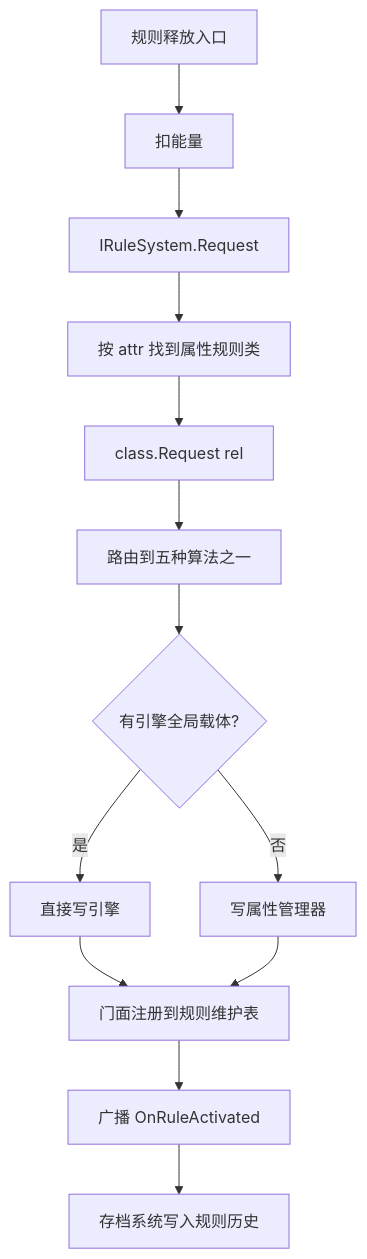
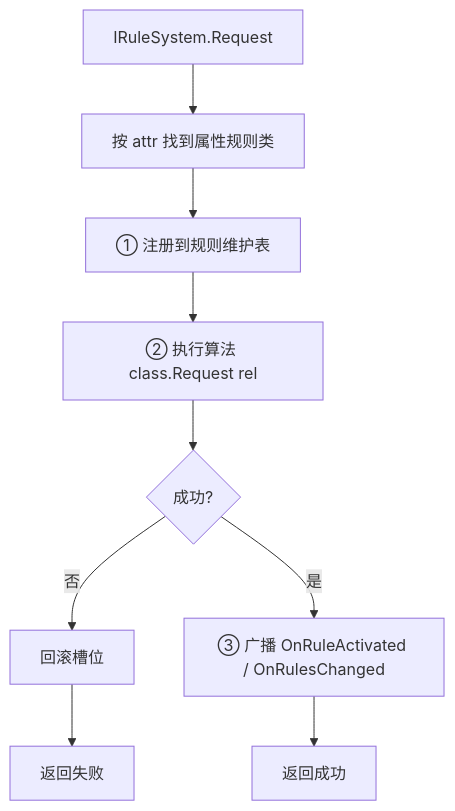
One commit to MorrowHome/Project-Rule changed the first of 4 diagrams in Doc/接口与事件定义.md. Above: the diagram before and after it, drawn with Mermaid. The commit also changed other lines of this file, not shown here.

````diff
--- a/Doc/接口与事件定义.md
+++ b/Doc/接口与事件定义.md
@@ -209,15 +240,11 @@
 ```mermaid
 graph TD
-    A[规则释放入口] --> B[扣能量]
-    B --> C[IRuleSystem.Request]
-    C --> D[按 attr 找到属性规则类]
-    D --> E[class.Request rel]
-    E --> F[路由到五种算法之一]
-    F --> G{有引擎全局载体?}
-    G -->|是| H[直接写引擎]
-    G -->|否| I[写属性管理器]
-    H --> J[门面注册到规则维护表]
-    I --> J
-    J --> K[广播 OnRuleActivated]
-    K --> L[存档系统写入规则历史]
+    A[IRuleSystem.Request] --> B[按 attr 找到属性规则类]
+    B --> C[① 注册到规则维护表]
+    C --> D[② 执行算法 class.Request rel]
+    D --> E{成功?}
+    E -->|否| F[回滚槽位]
+    F --> G[返回失败]
+    E -->|是| H[③ 广播 OnRuleActivated / OnRulesChanged]
+    H --> I[返回成功]
 ```
````
